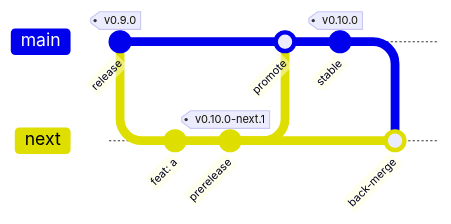
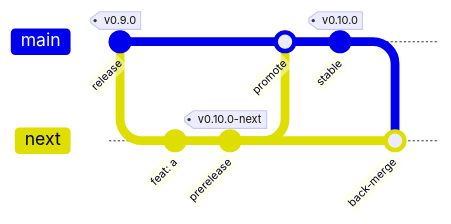
One commit to taraxvoid/voidflow changed the diagram in RELEASING.md. Above: the diagram before and after it, drawn with Mermaid. The commit also changed other lines of this file and 3 other files, not shown here.

Commit message:
fix(release): accept release-please's unnumbered first prerelease (X.Y.Z-next)

````diff
--- a/RELEASING.md
+++ b/RELEASING.md
@@ -13,12 +13,12 @@
 ```mermaid
 gitGraph
   commit id: "release" tag: "v0.9.0"
   branch next
   commit id: "feat: a"
-  commit id: "prerelease" tag: "v0.10.0-next.1"
+  commit id: "prerelease" tag: "v0.10.0-next"
   checkout main
   merge next id: "promote"
   commit id: "stable" tag: "v0.10.0"
   checkout next
   merge main id: "back-merge"
 ```
````
